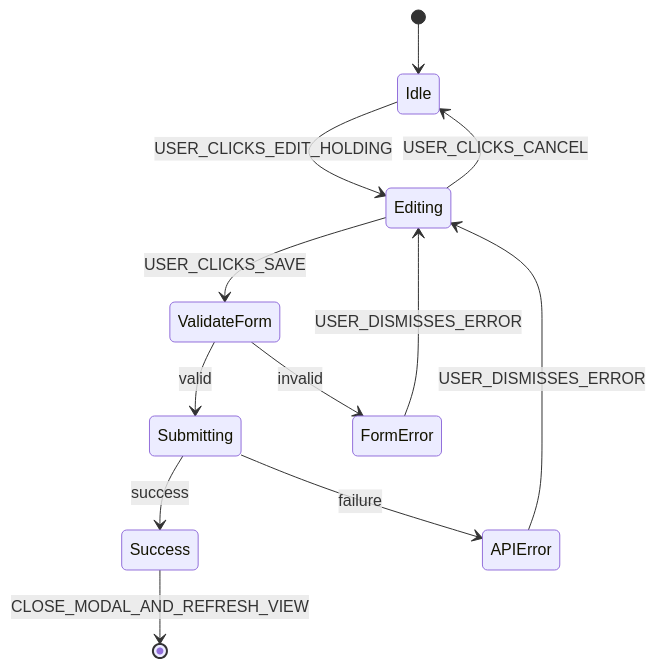
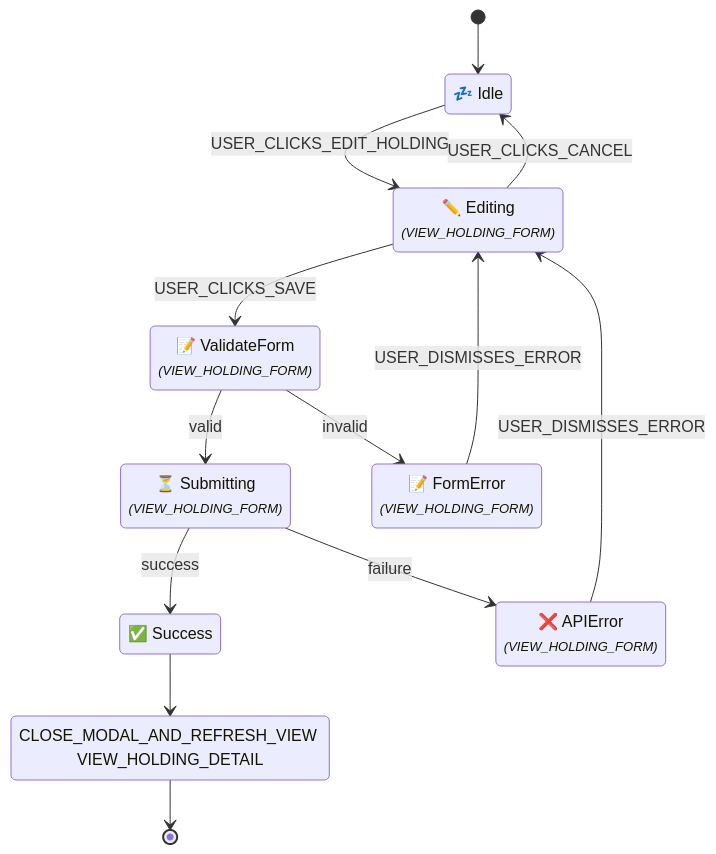
One commit to enzhao/Sentinel changed diagram 19 of 60 in product_spec.md. Above: the diagram before and after it, drawn with Mermaid. The commit also changed other lines of this file and 3 other files, not shown here.

First line of the commit message:
docs(spec): refine and clarify UI flow specifications

````diff
--- a/product_spec.md
+++ b/product_spec.md
@@ -1032,14 +1140,24 @@
 ```mermaid
 stateDiagram-v2
+    %% Flow ID: FLOW_UPDATE_HOLDING_MANUAL
     [*] --> Idle
+    state "💤 Idle" as Idle
     Idle --> Editing : USER_CLICKS_EDIT_HOLDING
+    state "✏️ Editing<br/><font size="2"><i>(VIEW_HOLDING_FORM)</i></font>" as Editing
+    Editing --> ValidateForm : USER_CLICKS_SAVE
     Editing --> Idle : USER_CLICKS_CANCEL
-    Editing --> ValidateForm : USER_CLICKS_SAVE
+    state "📝 ValidateForm<br/><font size="2"><i>(VIEW_HOLDING_FORM)</i></font>" as ValidateForm
     ValidateForm --> Submitting : valid
     ValidateForm --> FormError : invalid
+    state "⏳ Submitting<br/><font size="2"><i>(VIEW_HOLDING_FORM)</i></font>" as Submitting
     Submitting --> Success : success
     Submitting --> APIError : failure
+    state "✅ Success" as Success
+    state "CLOSE_MODAL_AND_REFRESH_VIEW VIEW_HOLDING_DETAIL" as Success_exit_action
+    Success --> Success_exit_action
+    Success_exit_action --> [*]
+    state "📝 FormError<br/><font size="2"><i>(VIEW_HOLDING_FORM)</i></font>" as FormError
     FormError --> Editing : USER_DISMISSES_ERROR
+    state "❌ APIError<br/><font size="2"><i>(VIEW_HOLDING_FORM)</i></font>" as APIError
     APIError --> Editing : USER_DISMISSES_ERROR
-    Success --> [*] : CLOSE_MODAL_AND_REFRESH_VIEW
 ```
````
